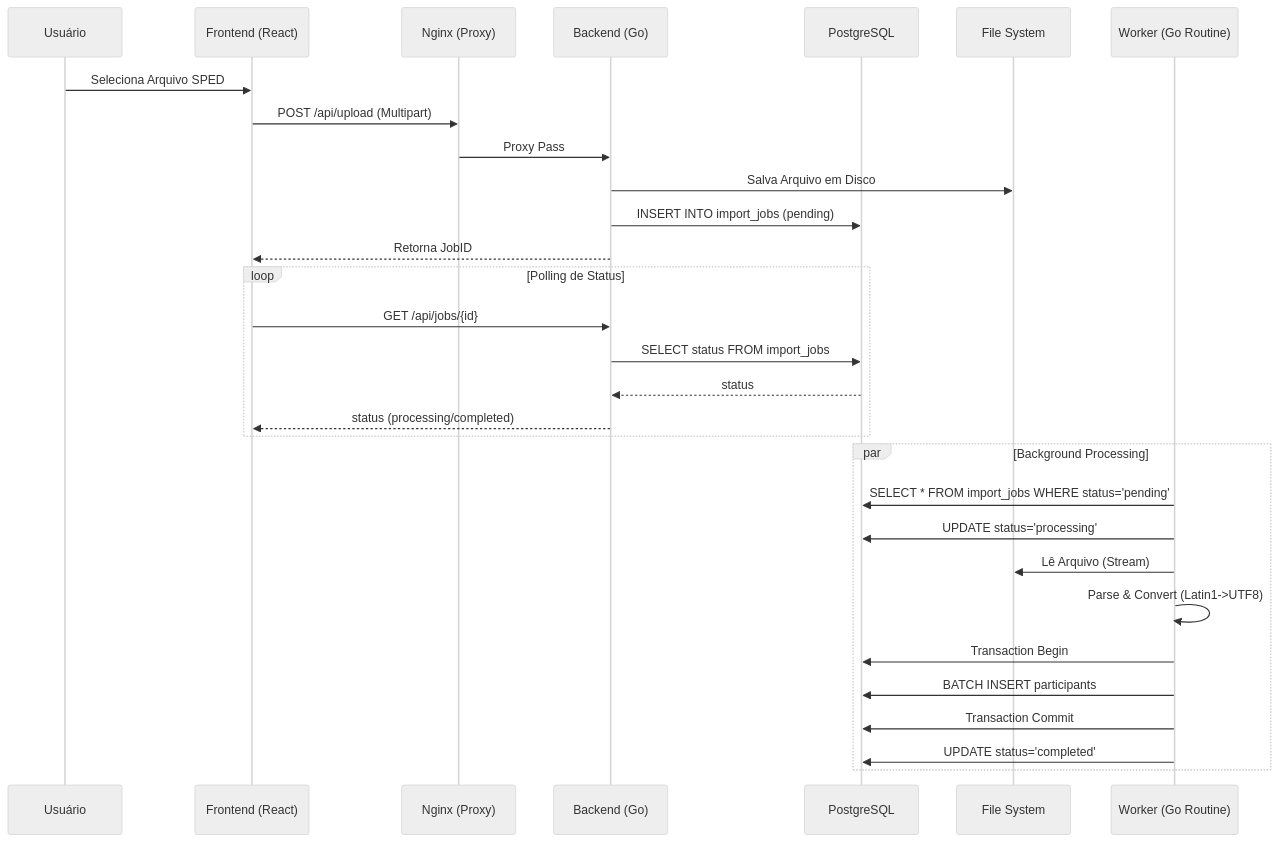
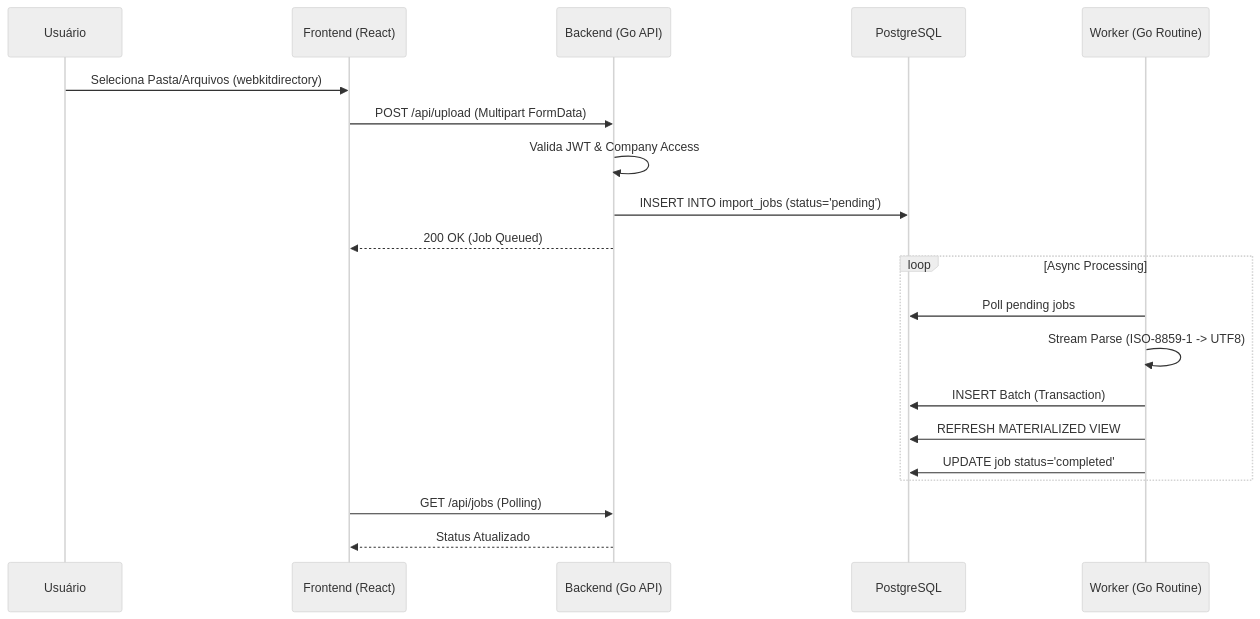
The second of 2 diagrams in docs/ARCHITECTURE.md (ClaudioSBezerra/FB_APU01), drawn with Mermaid (neutral theme) before and after one commit. The commit also changed other lines of this file and 1 other file, not shown here.

Commit message:
docs: update technical documentation with recent features (Auth, Upload, Views, Ambientes)

````diff
--- a/docs/ARCHITECTURE.md
+++ b/docs/ARCHITECTURE.md
@@ -5,35 +48,25 @@
 ```mermaid
 sequenceDiagram
     participant U as Usuário
     participant FE as Frontend (React)
-    participant NG as Nginx (Proxy)
-    participant API as Backend (Go)
+    participant API as Backend (Go API)
     participant DB as PostgreSQL
-    participant FS as File System
     participant W as Worker (Go Routine)
 
-    U->>FE: Seleciona Arquivo SPED
-    FE->>NG: POST /api/upload (Multipart)
-    NG->>API: Proxy Pass
-    API->>FS: Salva Arquivo em Disco
-    API->>DB: INSERT INTO import_jobs (pending)
-    API-->>FE: Retorna JobID
+    U->>FE: Seleciona Pasta/Arquivos (webkitdirectory)
+    FE->>API: POST /api/upload (Multipart FormData)
+    API->>API: Valida JWT & Company Access
+    API->>DB: INSERT INTO import_jobs (status='pending')
+    API-->>FE: 200 OK (Job Queued)
     
-    loop Polling de Status
-        FE->>API: GET /api/jobs/{id}
-        API->>DB: SELECT status FROM import_jobs
-        DB-->>API: status
-        API-->>FE: status (processing/completed)
+    loop Async Processing
+        W->>DB: Poll pending jobs
+        W->>W: Stream Parse (ISO-8859-1 -> UTF8)
+        W->>DB: INSERT Batch (Transaction)
+        W->>DB: REFRESH MATERIALIZED VIEW
+        W->>DB: UPDATE job status='completed'
     end
-
-    par Background Processing
-        W->>DB: SELECT * FROM import_jobs WHERE status='pending'
-        W->>DB: UPDATE status='processing'
-        W->>FS: Lê Arquivo (Stream)
-        W->>W: Parse & Convert (Latin1->UTF8)
-        W->>DB: Transaction Begin
-        W->>DB: BATCH INSERT participants
-        W->>DB: Transaction Commit
-        W->>DB: UPDATE status='completed'
-    end
+    
+    FE->>API: GET /api/jobs (Polling)
+    API-->>FE: Status Atualizado
 ```
````
